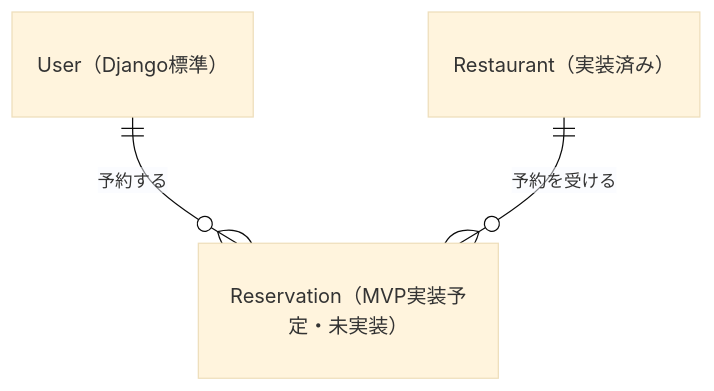
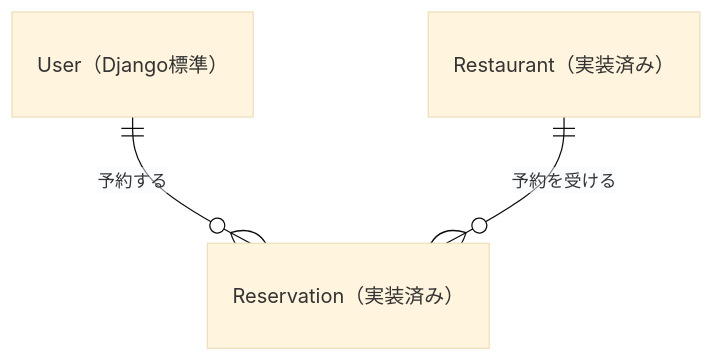
One commit to shimodum/restaurant-reservation-app changed the diagram in docs/design.md. Above: the diagram before and after it, drawn with Mermaid (base theme). The commit also changed other lines of this file and 14 other files, not shown here.

````diff
--- a/docs/design.md
+++ b/docs/design.md
@@ -51,8 +50,8 @@
 ```mermaid
 erDiagram
     User ||--o{ Reservation : "予約する"
     Restaurant ||--o{ Reservation : "予約を受ける"
     User["User（Django標準）"]
     Restaurant["Restaurant（実装済み）"]
-    Reservation["Reservation（MVP実装予定・未実装）"]
+    Reservation["Reservation（実装済み）"]
 ```
````
